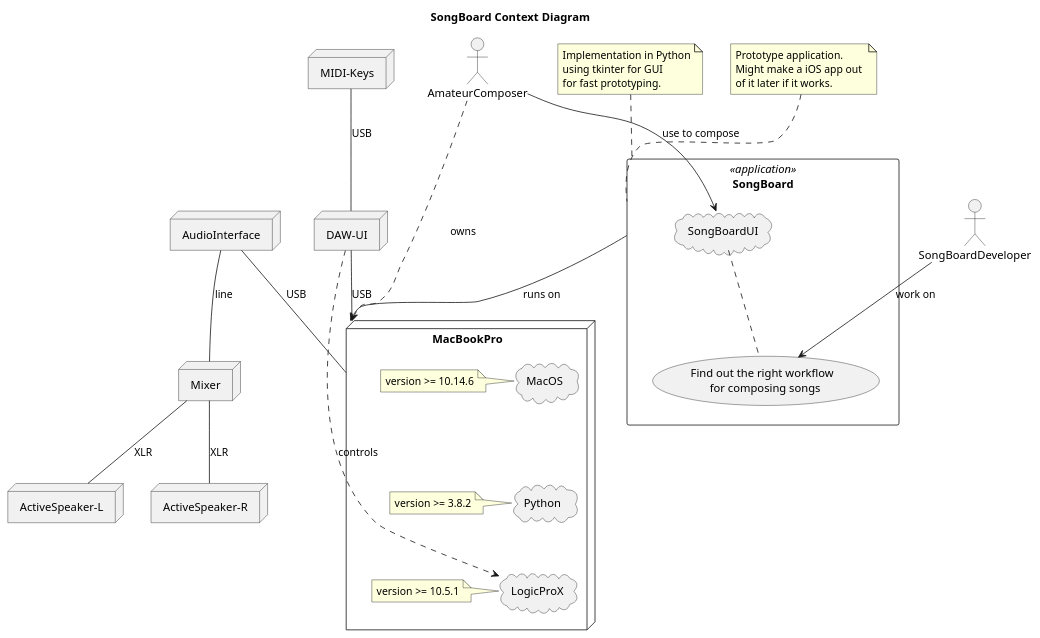
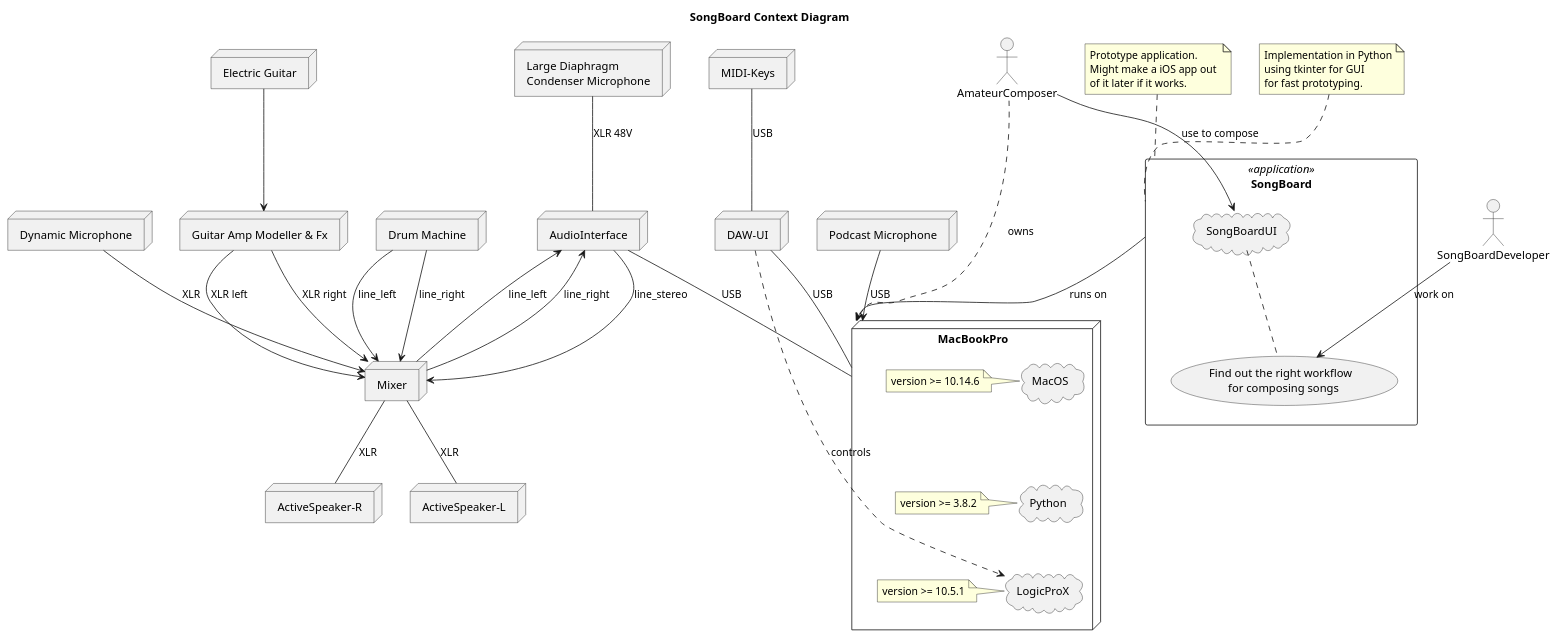
Before and after one commit to DrMarkusVoss/SongBoard: the diagram in arch/01_context/SongBoard_Context.puml, drawn with PlantUML. The commit also changed 1 other file, not shown here.

Commit message:
update of context diagram with the recording gear.

```diff
--- a/arch/01_context/SongBoard_Context.puml
+++ b/arch/01_context/SongBoard_Context.puml
@@ -1,88 +1,117 @@
 @startuml
 
 skinparam componentStyle uml2
 
 title SongBoard Context Diagram
 
 
 :AmateurComposer:
 :SongBoardDeveloper:
 
  
 rectangle "SongBoard" <<application>> as sb {
     cloud SongBoardUI { 
     } 
     (Find out the right workflow \n for composing songs) as ucdw
     SongBoardUI .. ucdw
 } 
 
 note top of sb
     Prototype application.
     Might make a iOS app out 
     of it later if it works.
 end note
 
 note top of sb
     Implementation in Python
     using tkinter for GUI 
     for fast prototyping.
 end note
 
 node MacBookPro {
 cloud MacOS {
 }
  note left of MacOS : version >= 10.14.6
 
 cloud Python {
  }
  note left of Python: version >= 3.8.2
 
 cloud LogicProX as lpx {
  }
  note left of lpx: version >= 10.5.1
 
 } 
 
 node AudioInterface {
 
 }
 
 node DAW-UI  as dui {
 
 }
 
 node MIDI-Keys  as mk{
 
 }
 
 node Mixer as mixer {
      
 }
 
+node "Large Diaphragm \nCondenser Microphone" as mic {
+}
+
+node "Dynamic Microphone" as mic2 {
+}
+
+node "Podcast Microphone" as mic3 {
+}
+
 node ActiveSpeaker-L as asl {
 
 }
 
 node ActiveSpeaker-R as asr {
 
 }
+
+node "Guitar Amp Modeller & Fx" as FM3 {
+}
+
+node "Electric Guitar" as guitar {
+}
+
+node "Drum Machine" as bb {
+}
+
 
 MacOS -[hidden]-> Python
 Python -[hidden]-> lpx
 
 AmateurComposer --> SongBoardUI : use to compose
 sb -down-> MacBookPro: runs on
 AmateurComposer ..> MacBookPro : owns
 AudioInterface -- MacBookPro : USB
 dui -- MacBookPro : USB
 mk -- dui : USB
-AudioInterface -- mixer : line
+AudioInterface --> mixer : line_stereo
+mixer --> AudioInterface : line_left
+mixer --> AudioInterface : line_right
+mic -- AudioInterface : XLR 48V
+mic2 --> mixer : XLR
+mic3 --> MacBookPro : USB
+FM3 --> mixer : XLR left
+FM3 --> mixer : XLR right
+guitar --> FM3
 mixer -- asl : XLR
 mixer -- asr : XLR
+bb --> mixer : line_left
+bb --> mixer : line_right
 
 SongBoardDeveloper --> ucdw : work on
 
 dui ..> lpx : controls
 
 
 @enduml
```
